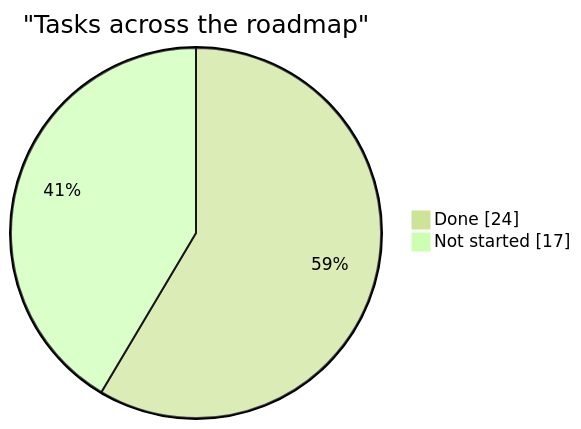
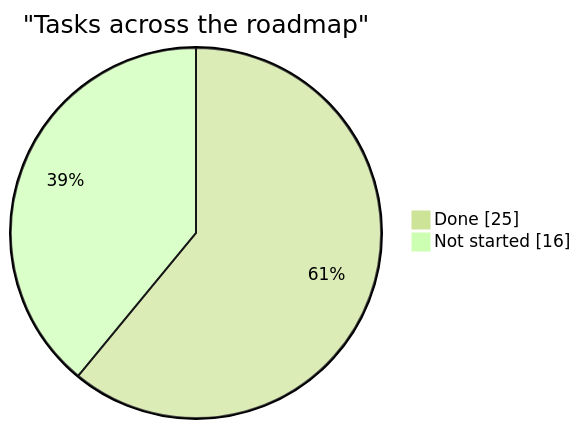
Before and after one commit to AdamClemens/PyFlow: the diagram in docs/planning/status.md, drawn with Mermaid (forest theme). The commit also changed other lines of this file and 13 other files, not shown here.

````diff
--- a/docs/planning/status.md
+++ b/docs/planning/status.md
@@ -21,6 +21,6 @@
 ```mermaid
 pie showData
     title "Tasks across the roadmap"
-    "Done" : 24
-    "Not started" : 17
+    "Done" : 25
+    "Not started" : 16
 ```
````
